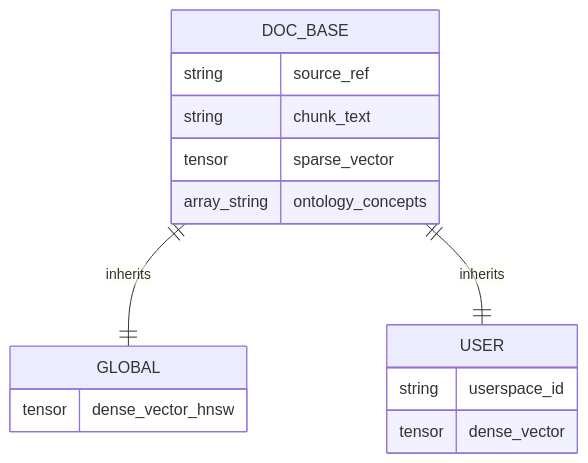
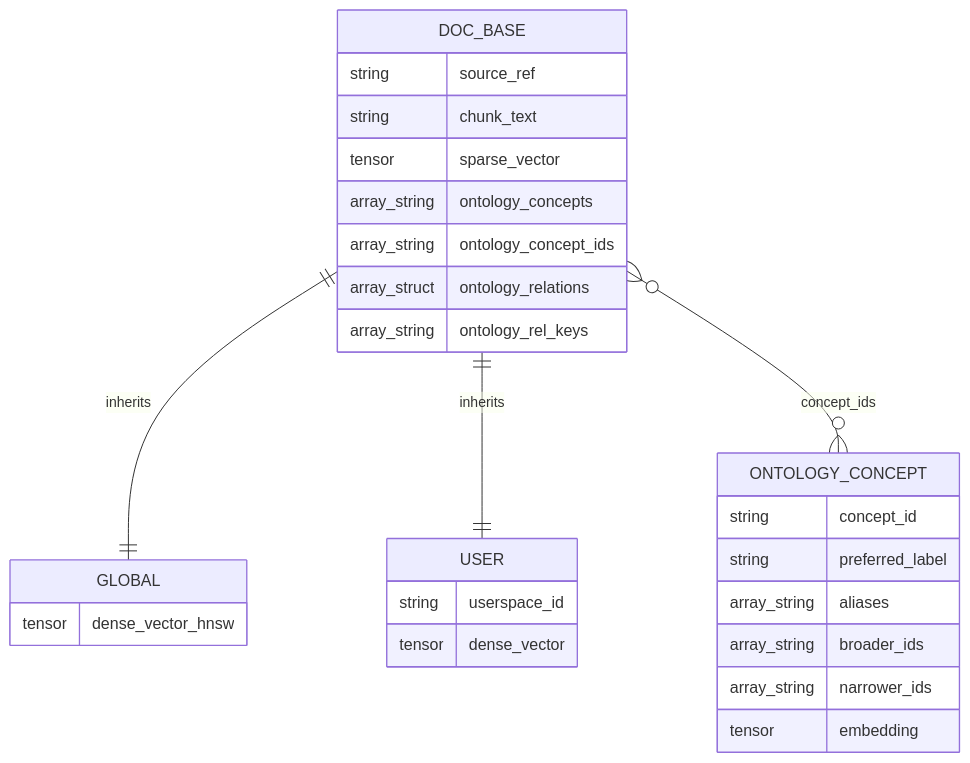
The fifth of 5 diagrams in docs/architecture/data-model.md (ThalesGroup/t-keir), drawn with Mermaid before and after one commit. The commit also changed other lines of this file and 177 other files, not shown here.

Commit message:
update tkeir with ontology schema

````diff
--- a/docs/architecture/data-model.md
+++ b/docs/architecture/data-model.md
@@ -179,18 +179,30 @@
 ```mermaid
 erDiagram
   DOC_BASE ||--|| GLOBAL : inherits
   DOC_BASE ||--|| USER : inherits
   DOC_BASE {
     string source_ref
     string chunk_text
     tensor sparse_vector
     array_string ontology_concepts
+    array_string ontology_concept_ids
+    array_struct ontology_relations
+    array_string ontology_rel_keys
+  }
+  ONTOLOGY_CONCEPT {
+    string concept_id
+    string preferred_label
+    array_string aliases
+    array_string broader_ids
+    array_string narrower_ids
+    tensor embedding
   }
   GLOBAL {
     tensor dense_vector_hnsw
   }
   USER {
     string userspace_id
     tensor dense_vector
   }
+  DOC_BASE }o--o{ ONTOLOGY_CONCEPT : concept_ids
 ```
````
